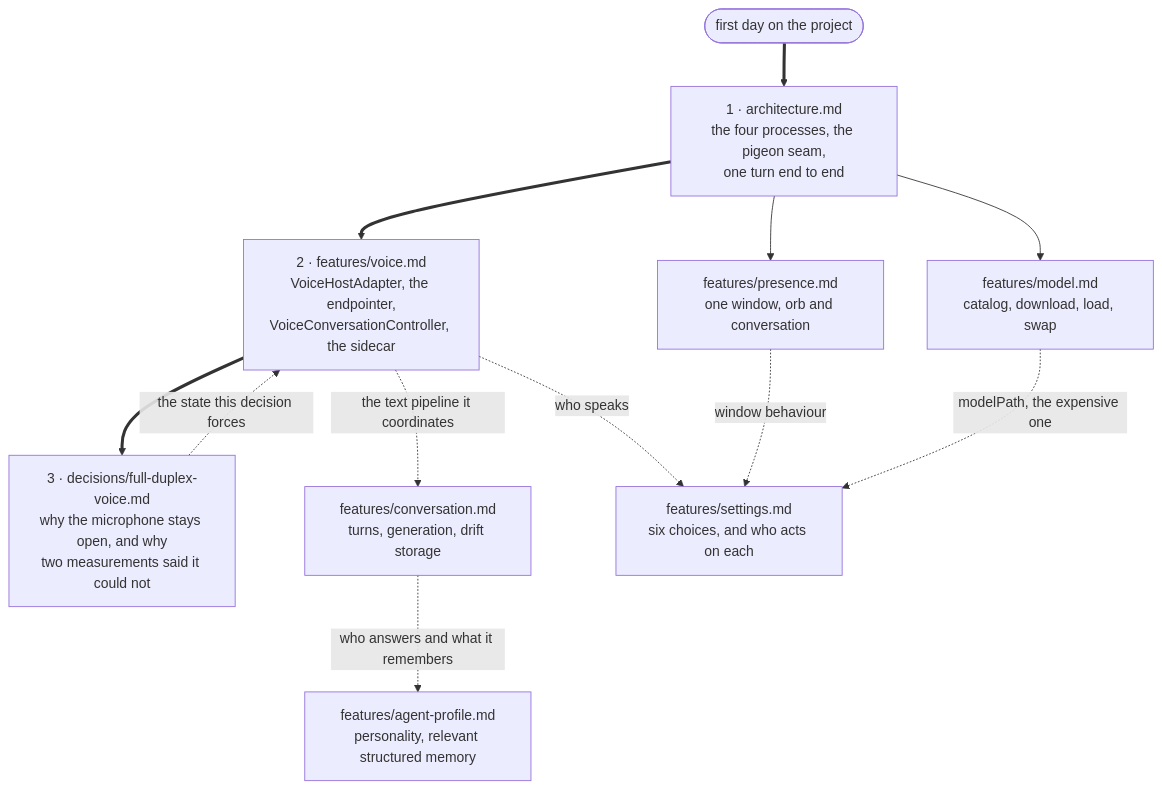
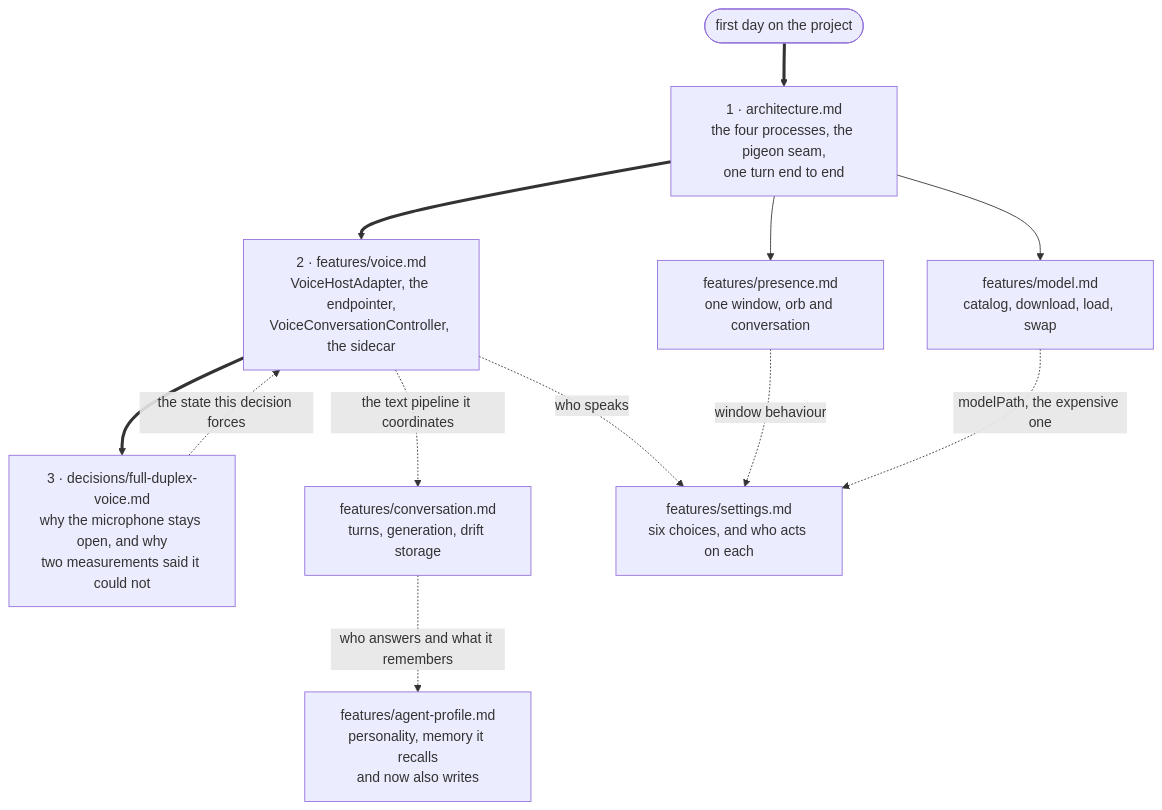
The diagram in docs/README.md (chyiiiiiiiiiiii/lulo), drawn with Mermaid before and after one commit. The commit also changed other lines of this file and 41 other files, not shown here.

````diff
--- a/docs/README.md
+++ b/docs/README.md
@@ -14,20 +14,20 @@
 ```mermaid
 flowchart TD
     start(["first day on the project"]) ==> arch
 
     arch["1 · architecture.md<br/>the four processes, the pigeon seam,<br/>one turn end to end"]
     voice["2 · features/voice.md<br/>VoiceHostAdapter, the endpointer,<br/>VoiceConversationController, the sidecar"]
     dec["3 · decisions/full-duplex-voice.md<br/>why the microphone stays open, and why<br/>two measurements said it could not"]
 
     arch ==> voice ==> dec
     dec -. "the state this decision forces" .-> voice
 
     arch --> pres["features/presence.md<br/>one window, orb and conversation"]
     arch --> model["features/model.md<br/>catalog, download, load, swap"]
     voice -. "the text pipeline it coordinates" .-> conv["features/conversation.md<br/>turns, generation, drift storage"]
 
     voice -. "who speaks" .-> set["features/settings.md<br/>six choices, and who acts on each"]
-    conv -. "who answers and what it remembers" .-> profile["features/agent-profile.md<br/>personality, relevant structured memory"]
+    conv -. "who answers and what it remembers" .-> profile["features/agent-profile.md<br/>personality, memory it recalls<br/>and now also writes"]
     pres -. "window behaviour" .-> set
     model -. "modelPath, the expensive one" .-> set
 ```
````
